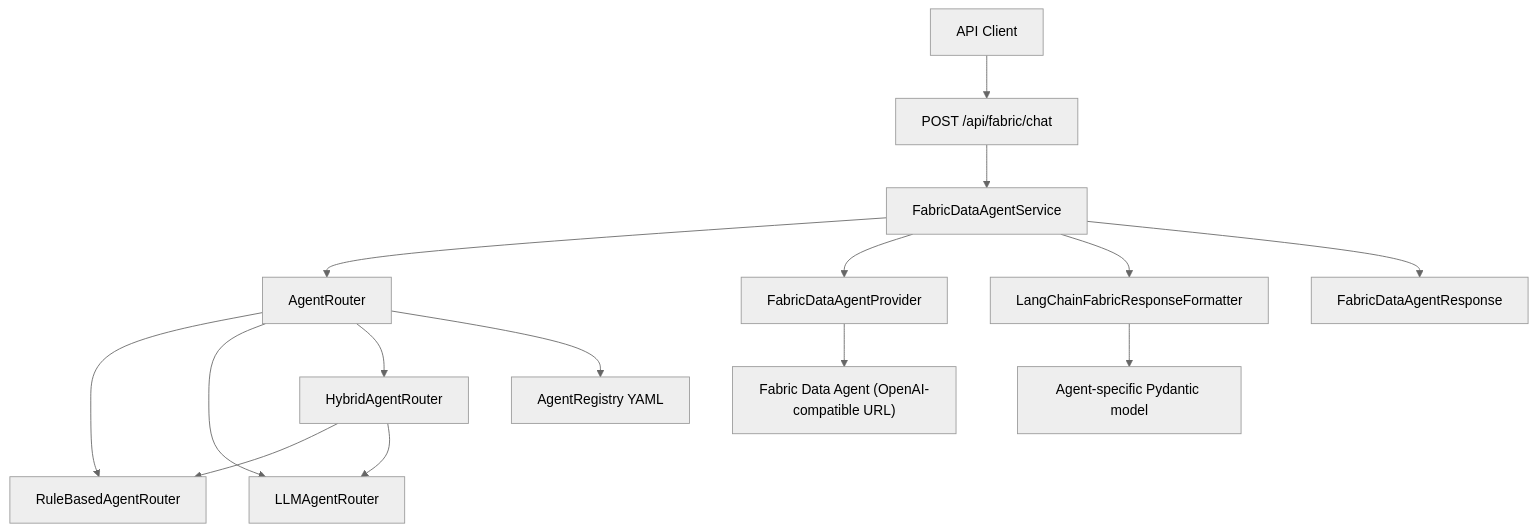
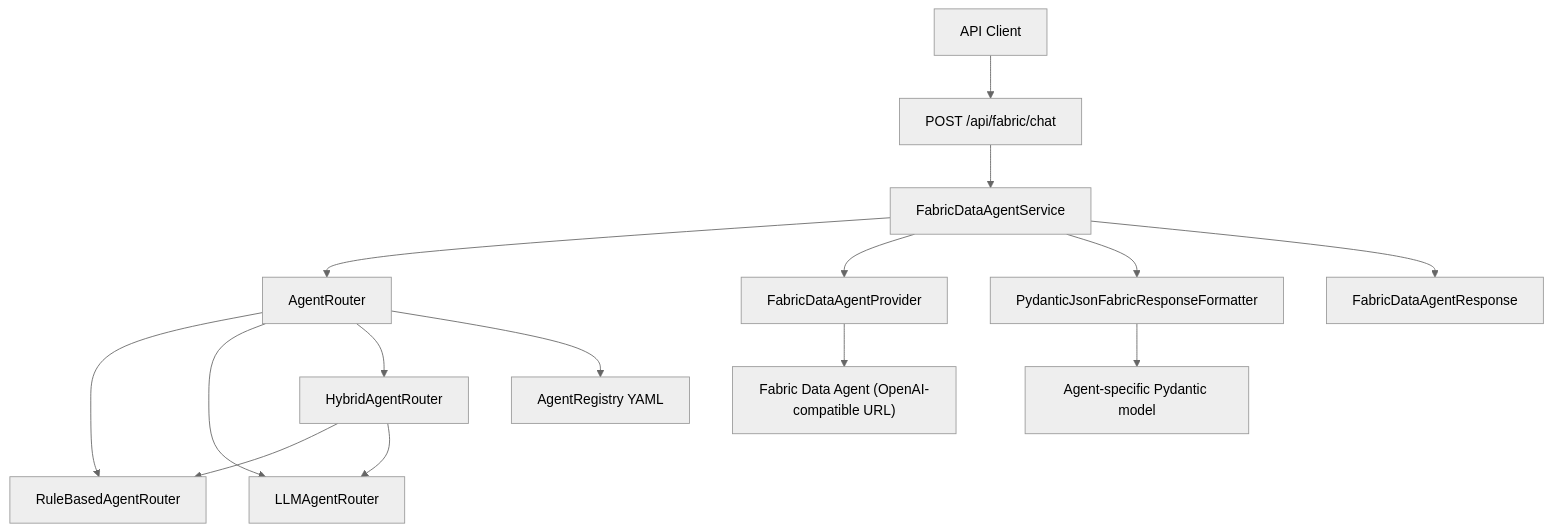
One commit to swarnenducs/azure-ai-foudry-web-api changed the diagram in Fabric-flow.md. Above: the diagram before and after it, drawn with Mermaid (neutral theme). The commit also changed other lines of this file and 12 other files, not shown here.

````diff
--- a/Fabric-flow.md
+++ b/Fabric-flow.md
@@ -23,17 +23,17 @@
 ```mermaid
 flowchart TB
     Client[API Client] --> API["POST /api/fabric/chat"]
     API --> Service[FabricDataAgentService]
     Service --> Router[AgentRouter]
     Router --> Rule[RuleBasedAgentRouter]
     Router --> LLM[LLMAgentRouter]
     Router --> Hybrid[HybridAgentRouter]
     Hybrid --> Rule
     Hybrid --> LLM
     Router --> Registry[AgentRegistry YAML]
     Service --> Provider[FabricDataAgentProvider]
     Provider --> Fabric["Fabric Data Agent (OpenAI-compatible URL)"]
-    Service --> Formatter[LangChainFabricResponseFormatter]
+    Service --> Formatter[PydanticJsonFabricResponseFormatter]
     Formatter --> Pydantic[Agent-specific Pydantic model]
     Service --> Response[FabricDataAgentResponse]
 ```
````
